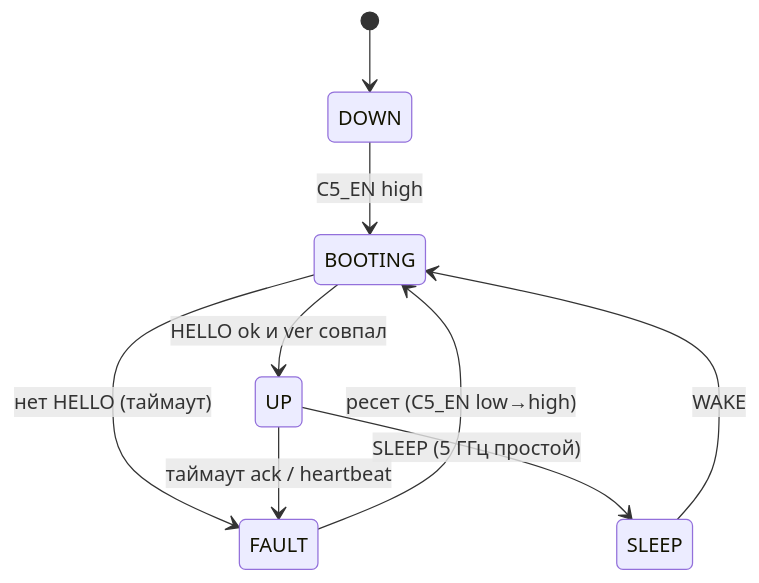
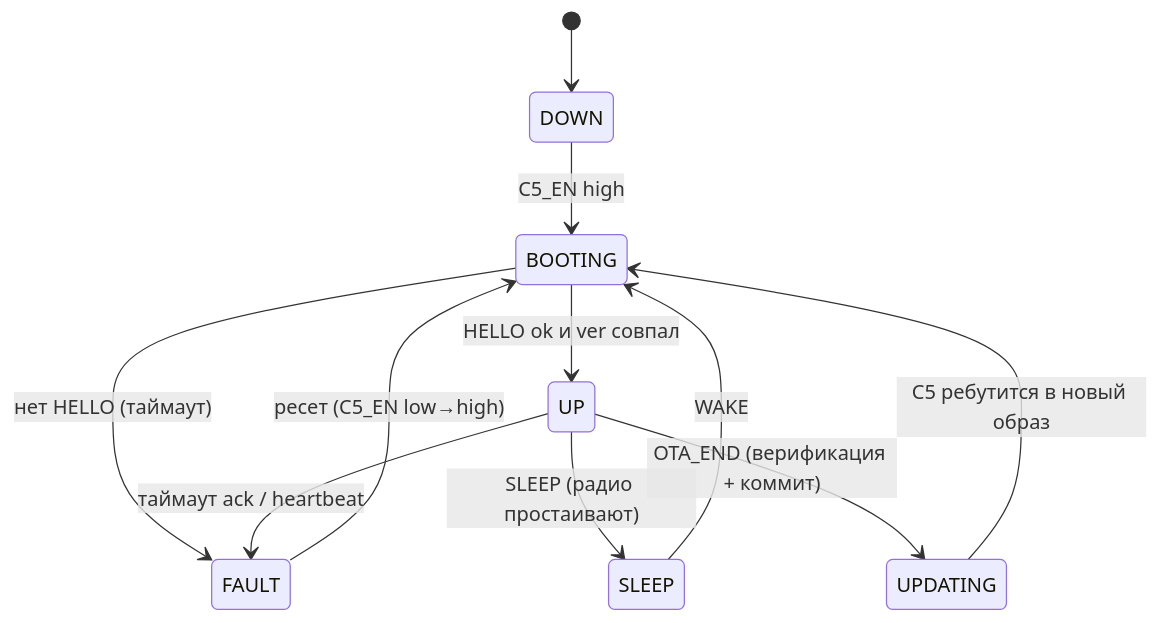
Before and after one commit to anton-vinogradov/esp32-leshy2-firmware: the second of 3 diagrams in docs/link-protocol.ru.md, drawn with Mermaid. The commit also changed other lines of this file and 7 other files, not shown here.

````diff
--- a/docs/link-protocol.ru.md
+++ b/docs/link-protocol.ru.md
@@ -168,11 +168,13 @@
 ```mermaid
 stateDiagram-v2
     [*] --> DOWN
     DOWN --> BOOTING: C5_EN high
     BOOTING --> UP: HELLO ok и ver совпал
     BOOTING --> FAULT: нет HELLO (таймаут)
     UP --> FAULT: таймаут ack / heartbeat
     FAULT --> BOOTING: ресет (C5_EN low→high)
-    UP --> SLEEP: SLEEP (5 ГГц простой)
+    UP --> SLEEP: SLEEP (радио простаивают)
     SLEEP --> BOOTING: WAKE
+    UP --> UPDATING: OTA_END (верификация + коммит)
+    UPDATING --> BOOTING: C5 ребутится в новый образ
 ```
````
